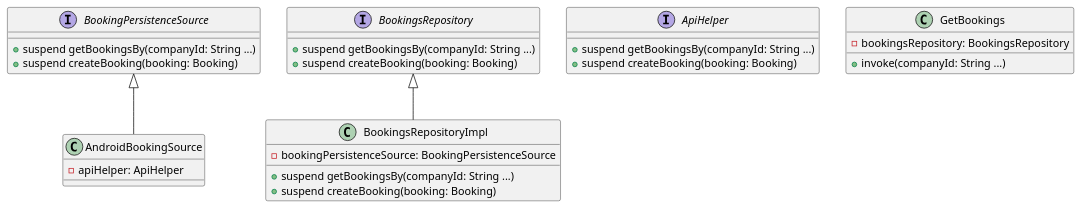
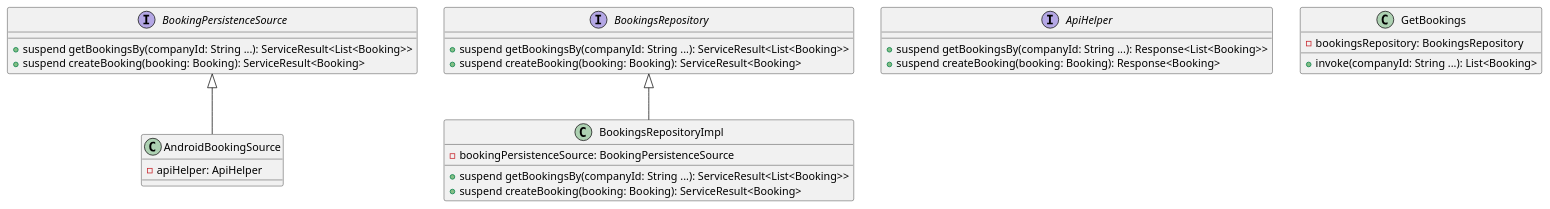
Before and after one commit to dbortoluzzi/tuttiapposto: the diagram in data.puml, drawn with PlantUML. The commit also changed 1 other file, not shown here.

```diff
--- a/data.puml
+++ b/data.puml
@@ -1,39 +1,39 @@
 @startuml
 'https://plantuml.com/class-diagram
 
 
 interface BookingPersistenceSource {
-    +suspend getBookingsBy(companyId: String ...)
-    +suspend createBooking(booking: Booking)
+    +suspend getBookingsBy(companyId: String ...): ServiceResult<List<Booking>>
+    +suspend createBooking(booking: Booking): ServiceResult<Booking>
 }
 
 interface BookingsRepository {
-    +suspend getBookingsBy(companyId: String ...)
-    +suspend createBooking(booking: Booking)
+    +suspend getBookingsBy(companyId: String ...): ServiceResult<List<Booking>>
+    +suspend createBooking(booking: Booking): ServiceResult<Booking>
 }
 
 interface ApiHelper {
-+ suspend getBookingsBy(companyId: String ...)
-+ suspend createBooking(booking: Booking)
++ suspend getBookingsBy(companyId: String ...): Response<List<Booking>>
++ suspend createBooking(booking: Booking): Response<Booking>
 }
 
 BookingPersistenceSource <|--  AndroidBookingSource
 BookingsRepository <|--  BookingsRepositoryImpl
 
 class BookingsRepositoryImpl {
     - bookingPersistenceSource: BookingPersistenceSource
-    +suspend getBookingsBy(companyId: String ...)
-    +suspend createBooking(booking: Booking)
+    +suspend getBookingsBy(companyId: String ...): ServiceResult<List<Booking>>
+    +suspend createBooking(booking: Booking): ServiceResult<Booking>
 }
 
 class GetBookings {
     - bookingsRepository: BookingsRepository
-    + invoke(companyId: String ...)
+    + invoke(companyId: String ...): List<Booking>
 }
 
 class AndroidBookingSource {
 - apiHelper: ApiHelper
 }
 
 
 @enduml
```
